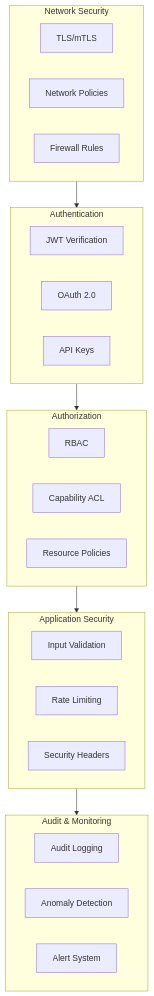
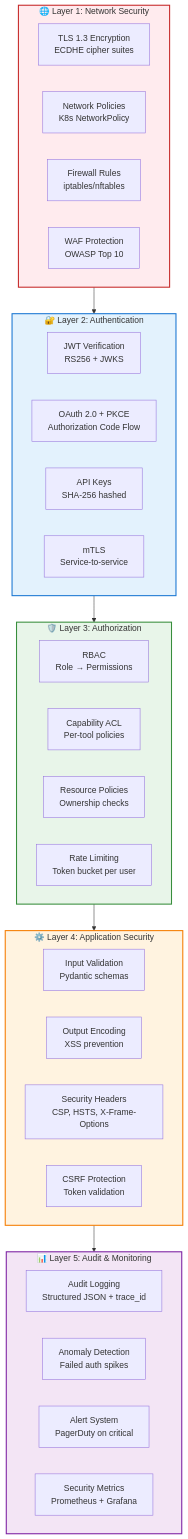
Before and after one commit to markbsigler/MCP_Architecture: the second of 4 diagrams in docs/IEEE-42010/views/02-security-architecture.md, drawn with Mermaid. The commit also changed other lines of this file and 4 other files, not shown here.

First line of the commit message:
Phase 2: Enhance diagram quality and establish standards

````diff
--- a/docs/IEEE-42010/views/02-security-architecture.md
+++ b/docs/IEEE-42010/views/02-security-architecture.md
@@ -31,37 +212,48 @@
 ```mermaid
 flowchart TB
-    subgraph Layer1["Network Security"]
-        N1[TLS/mTLS]
-        N2[Network Policies]
-        N3[Firewall Rules]
+    subgraph Layer1["🌐 Layer 1: Network Security"]
+        N1[TLS 1.3 Encryption<br/>ECDHE cipher suites]
+        N2[Network Policies<br/>K8s NetworkPolicy]
+        N3[Firewall Rules<br/>iptables/nftables]
+        N4[WAF Protection<br/>OWASP Top 10]
     end
     
-    subgraph Layer2["Authentication"]
-        A1[JWT Verification]
-        A2[OAuth 2.0]
-        A3[API Keys]
+    subgraph Layer2["🔐 Layer 2: Authentication"]
+        A1[JWT Verification<br/>RS256 + JWKS]
+        A2[OAuth 2.0 + PKCE<br/>Authorization Code Flow]
+        A3[API Keys<br/>SHA-256 hashed]
+        A4[mTLS<br/>Service-to-service]
     end
     
-    subgraph Layer3["Authorization"]
-        Z1[RBAC]
-        Z2[Capability ACL]
-        Z3[Resource Policies]
+    subgraph Layer3["🛡️ Layer 3: Authorization"]
+        Z1[RBAC<br/>Role → Permissions]
+        Z2[Capability ACL<br/>Per-tool policies]
+        Z3[Resource Policies<br/>Ownership checks]
+        Z4[Rate Limiting<br/>Token bucket per user]
     end
     
-    subgraph Layer4["Application Security"]
-        S1[Input Validation]
-        S2[Rate Limiting]
-        S3[Security Headers]
+    subgraph Layer4["⚙️ Layer 4: Application Security"]
+        S1[Input Validation<br/>Pydantic schemas]
+        S2[Output Encoding<br/>XSS prevention]
+        S3[Security Headers<br/>CSP, HSTS, X-Frame-Options]
+        S4[CSRF Protection<br/>Token validation]
     end
     
-    subgraph Layer5["Audit & Monitoring"]
-        M1[Audit Logging]
-        M2[Anomaly Detection]
-        M3[Alert System]
+    subgraph Layer5["📊 Layer 5: Audit & Monitoring"]
+        M1[Audit Logging<br/>Structured JSON + trace_id]
+        M2[Anomaly Detection<br/>Failed auth spikes]
+        M3[Alert System<br/>PagerDuty on critical]
+        M4[Security Metrics<br/>Prometheus + Grafana]
     end
     
     Layer1 --> Layer2
     Layer2 --> Layer3
     Layer3 --> Layer4
     Layer4 --> Layer5
+    
+    style Layer1 fill:#ffebee,stroke:#c62828,stroke-width:2px
+    style Layer2 fill:#e3f2fd,stroke:#1976d2,stroke-width:2px
+    style Layer3 fill:#e8f5e9,stroke:#388e3c,stroke-width:2px
+    style Layer4 fill:#fff3e0,stroke:#f57c00,stroke-width:2px
+    style Layer5 fill:#f3e5f5,stroke:#7b1fa2,stroke-width:2px
 ```
````
